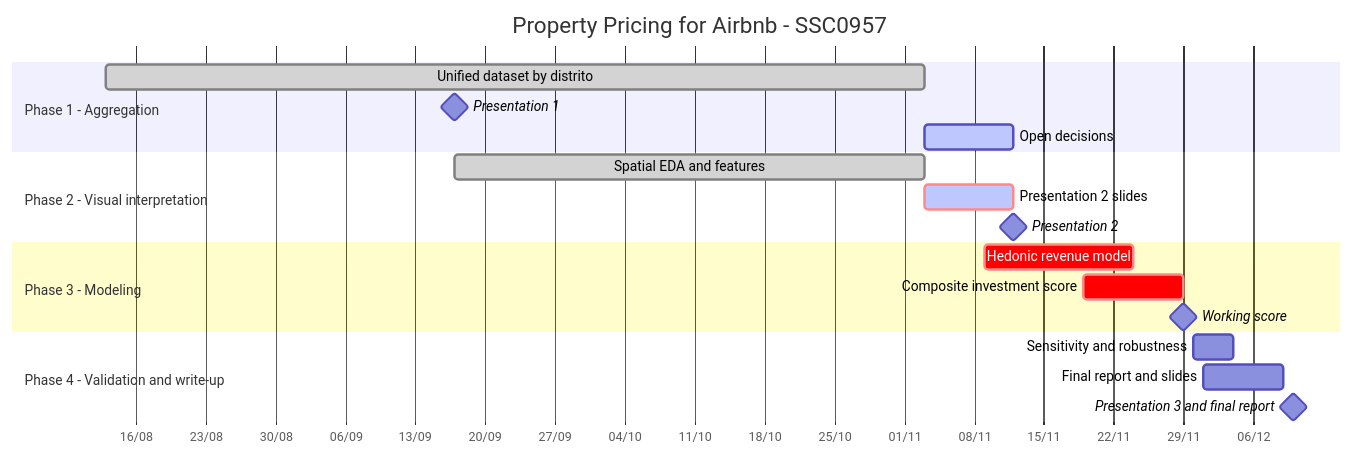
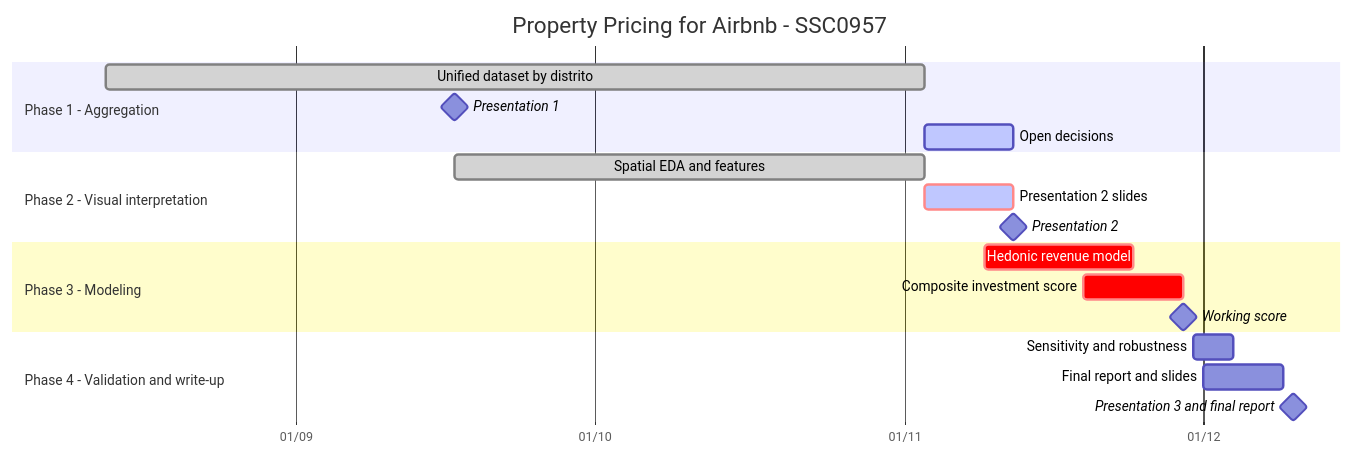
Before and after one commit to YusukeHayashibara/Property-pricing-for-Airbnb: the diagram in docs/TIMELINE.md, drawn with Mermaid. The commit also changed 1 other file, not shown here.

Commit message:
docs: add tickInterval to Mermaid timeline for better readability

````diff
--- a/docs/TIMELINE.md
+++ b/docs/TIMELINE.md
@@ -11,26 +11,27 @@
 ```mermaid
 gantt
     title Property Pricing for Airbnb - SSC0957
     dateFormat YYYY-MM-DD
     axisFormat %d/%m
+    tickInterval 1month
 
     section Phase 1 - Aggregation
     Unified dataset by distrito      :done, p1, 2026-08-13, 2026-11-03
     Presentation 1                   :milestone, m1, 2026-09-17, 0d
     Open decisions                   :active, p1b, 2026-11-03, 2026-11-12
 
     section Phase 2 - Visual interpretation
     Spatial EDA and features         :done, p2, 2026-09-17, 2026-11-03
     Presentation 2 slides            :crit, active, p2b, 2026-11-03, 2026-11-12
     Presentation 2                   :milestone, m2, 2026-11-12, 0d
 
     section Phase 3 - Modeling
     Hedonic revenue model            :crit, p3, 2026-11-09, 2026-11-24
     Composite investment score       :crit, p3b, 2026-11-19, 2026-11-29
     Working score                    :milestone, m3, 2026-11-29, 0d
 
     section Phase 4 - Validation and write-up
     Sensitivity and robustness       :p4, 2026-11-30, 2026-12-04
     Final report and slides          :p4b, 2026-12-01, 2026-12-09
     Presentation 3 and final report  :milestone, m4, 2026-12-10, 0d
 ```
````
